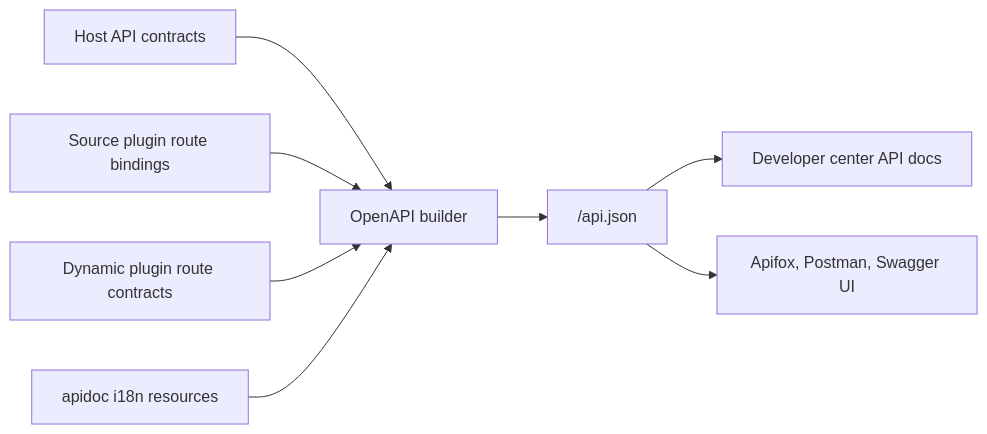
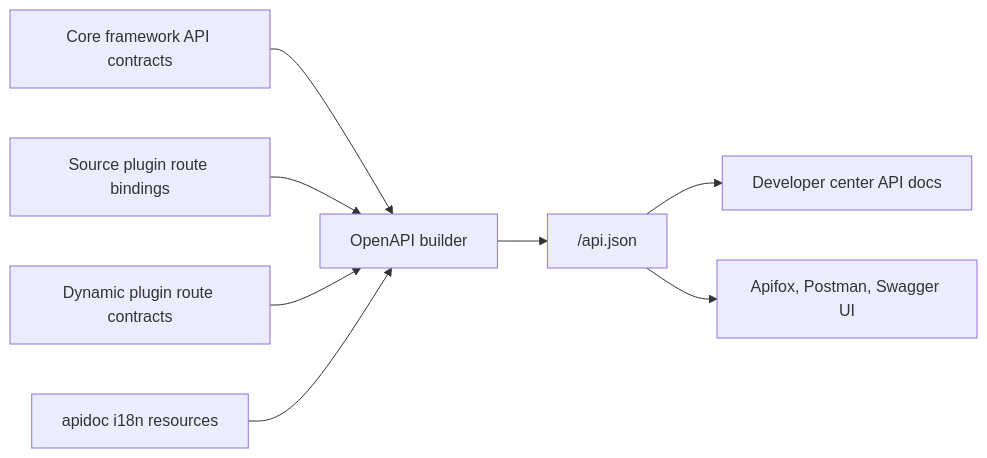
One commit to linaproai/linapro-site changed the diagram in apps/lina-site/i18n/en/docusaurus-plugin-content-docs/current/docs/2000-components/11000-api-reference.md. Above: the diagram before and after it, drawn with Mermaid. The commit also changed other lines of this file and 93 other files, not shown here.

````diff
--- a/apps/lina-site/i18n/en/docusaurus-plugin-content-docs/current/docs/2000-components/11000-api-reference.md
+++ b/apps/lina-site/i18n/en/docusaurus-plugin-content-docs/current/docs/2000-components/11000-api-reference.md
@@ -50,10 +50,10 @@
 ```mermaid
 flowchart LR
-    Host["Host API contracts"] --> Builder["OpenAPI builder"]
+    Host["Core framework API contracts"] --> Builder["OpenAPI builder"]
     Source["Source plugin route bindings"] --> Builder
     Wasm["Dynamic plugin route contracts"] --> Builder
     I18N["apidoc i18n resources"] --> Builder
     Builder --> JSON["/api.json"]
     JSON --> Workbench["Developer center API docs"]
     JSON --> Tools["Apifox, Postman, Swagger UI"]
 ```
````
